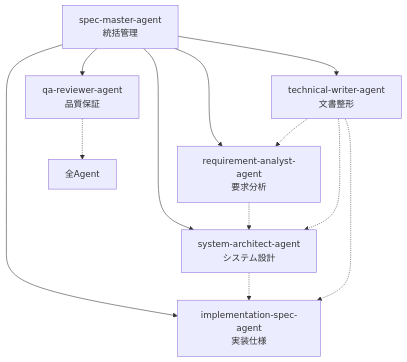
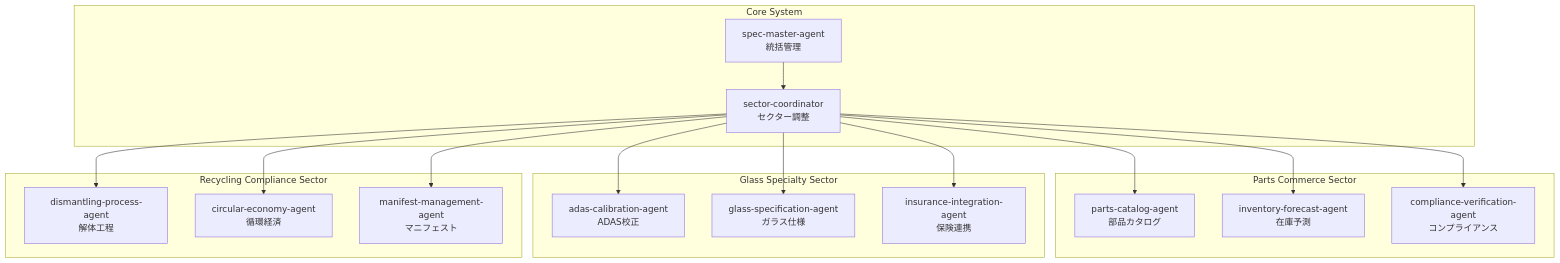
One commit to KEIEI-NET/spec-agent changed the diagram in README.md. Above: the diagram before and after it, drawn with Mermaid. The commit also changed other lines of this file and 17 other files, not shown here.

````diff
--- a/README.md
+++ b/README.md
@@ -27,22 +35,30 @@
 ```mermaid
 graph TB
-    Master[spec-master-agent<br/>統括管理]
-    Req[requirement-analyst-agent<br/>要求分析]
-    Arch[system-architect-agent<br/>システム設計]
-    Impl[implementation-spec-agent<br/>実装仕様]
-    Tech[technical-writer-agent<br/>文書整形]
-    QA[qa-reviewer-agent<br/>品質保証]
+    subgraph "Core System"
+        Master[spec-master-agent<br/>統括管理]
+        Coord[sector-coordinator<br/>セクター調整]
+    end
     
-    Master --> Req
-    Master --> Arch
-    Master --> Impl
-    Master --> Tech
-    Master --> QA
+    subgraph "Parts Commerce Sector"
+        PC1[parts-catalog-agent<br/>部品カタログ]
+        PC2[inventory-forecast-agent<br/>在庫予測]
+        PC3[compliance-verification-agent<br/>コンプライアンス]
+    end
     
-    Req -.-> Arch
-    Arch -.-> Impl
-    Tech -.-> Req
-    Tech -.-> Arch
-    Tech -.-> Impl
-    QA -.-> All[全Agent]
+    subgraph "Glass Specialty Sector"
+        GS1[adas-calibration-agent<br/>ADAS校正]
+        GS2[glass-specification-agent<br/>ガラス仕様]
+        GS3[insurance-integration-agent<br/>保険連携]
+    end
+    
+    subgraph "Recycling Compliance Sector"
+        RC1[dismantling-process-agent<br/>解体工程]
+        RC2[circular-economy-agent<br/>循環経済]
+        RC3[manifest-management-agent<br/>マニフェスト]
+    end
+    
+    Master --> Coord
+    Coord --> PC1 & PC2 & PC3
+    Coord --> GS1 & GS2 & GS3
+    Coord --> RC1 & RC2 & RC3
 ```
````
